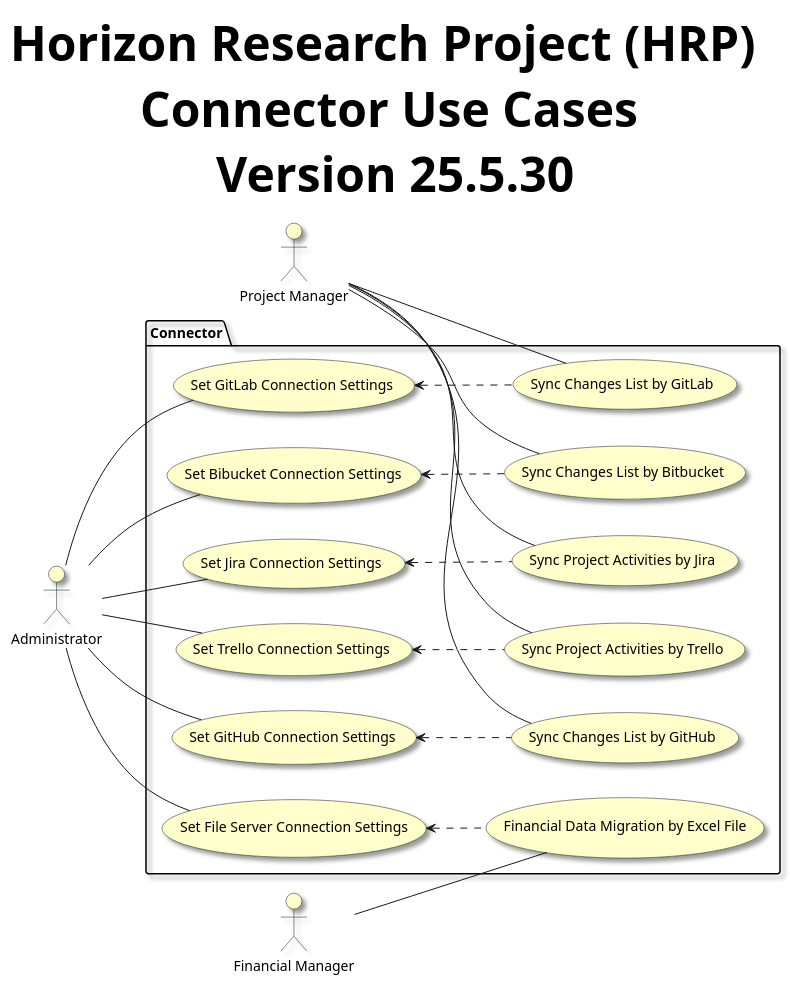
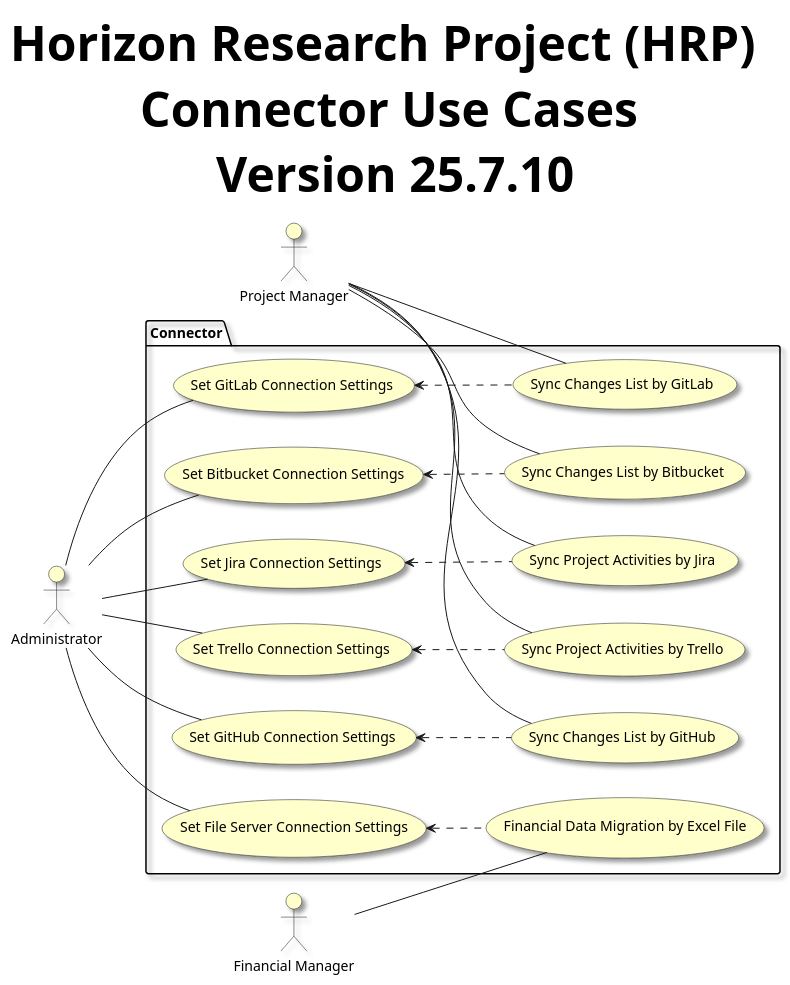
One commit to mahyaresteki/Horizon changed the diagram in 3-HorizonModeling/HorizonUml/UseCase/Use Case/Packages/ConnectorUseCaseDiagram.puml. Above: the diagram before and after it, drawn with PlantUML. The commit also changed 22 other files, not shown here.

```diff
--- a/3-HorizonModeling/HorizonUml/UseCase/Use Case/Packages/ConnectorUseCaseDiagram.puml
+++ b/3-HorizonModeling/HorizonUml/UseCase/Use Case/Packages/ConnectorUseCaseDiagram.puml
@@ -1,51 +1,51 @@
 @startuml
 left to right direction
 
 skinparam useCaseBackgroundColor #Business
 skinparam actorBackgroundColor #Business
 skinparam Shadowing True
 skinparam TitleFontSize 48px
 
-title Horizon Research Project (HRP) \n Connector Use Cases \n Version 25.5.30
+title Horizon Research Project (HRP) \n Connector Use Cases \n Version 25.7.10
 
 :Project Manager: as PMO
 :Financial Manager: as Fmanager
 :Administrator: as Admin
 
 package "Connector"{
     usecase "Set Jira Connection Settings" as setJiraConnection
     usecase "Set Trello Connection Settings" as setTrelloConnection
     usecase "Set GitHub Connection Settings" as setGitHubConnection
     usecase "Set GitLab Connection Settings" as setGitLabConnection
-    usecase "Set Bibucket Connection Settings" as setBitbucketConnection
+    usecase "Set Bitbucket Connection Settings" as setBitbucketConnection
     usecase "Set File Server Connection Settings" as setFileServerConnection
 
     usecase "Sync Project Activities by Jira" as syncByJira
     usecase "Sync Project Activities by Trello" as syncByTrello
     usecase "Sync Changes List by GitHub" as syncByGitHub
     usecase "Sync Changes List by GitLab" as syncByGitLab
     usecase "Sync Changes List by Bitbucket" as syncByBitbucket
     usecase "Financial Data Migration by Excel File" as financialDataMigration
 }
 
 Admin -- setJiraConnection
 Admin -- setTrelloConnection
 Admin -- setGitHubConnection
 Admin -- setGitLabConnection
 Admin -- setBitbucketConnection
 Admin -- setFileServerConnection
 
 setFileServerConnection <.. financialDataMigration
 setJiraConnection <.. syncByJira
 setTrelloConnection <.. syncByTrello
 setGitHubConnection <.. syncByGitHub
 setGitLabConnection <.. syncByGitLab
 setBitbucketConnection <.. syncByBitbucket
 
 PMO -- syncByJira
 PMO -- syncByTrello
 PMO -- syncByGitHub
 PMO -- syncByGitLab
 PMO -- syncByBitbucket
 Fmanager -- financialDataMigration
 @enduml
```
